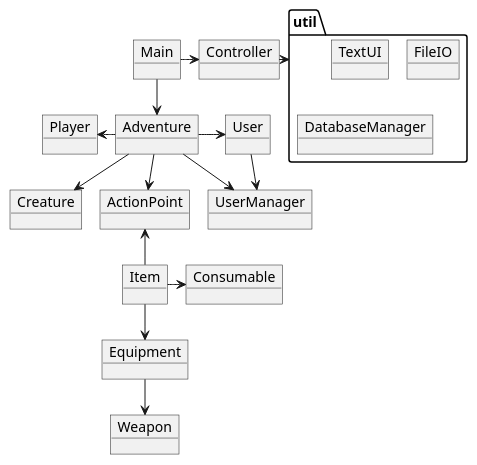
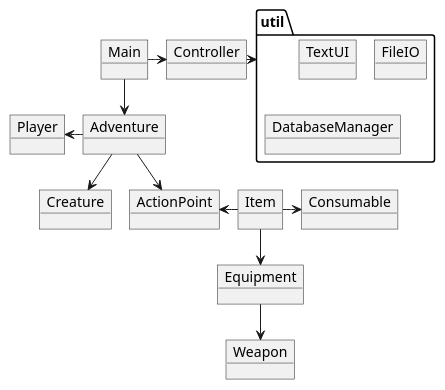
One commit to EmilXavierVT/2025ICE changed the diagram in doc/Domain_V0.puml. Above: the diagram before and after it, drawn with PlantUML. The commit also changed 4 other files, not shown here.

Commit message:
Fixed diagrams 13-05-25, 12:21

```diff
--- a/doc/Domain_V0.puml
+++ b/doc/Domain_V0.puml
@@ -1,40 +1,35 @@
 @startuml
 !pragma layout smetana
 'https://plantuml.com/object-diagram
 
 object Main
 object Controller
 object Adventure
 object Creature
 object Player
-object User
-object UserManager
 object ActionPoint
 object Item
 object Consumable
 object Equipment
 object Weapon
 
 package "util"{
 object TextUI
 object FileIO
 object DatabaseManager
 }
 
 
 Main -down-> Adventure
 Main -right-> Controller
 Adventure -left-> Player
 Adventure -down-> ActionPoint
-Adventure -right-> User
-Adventure -up-> UserManager
 Adventure --> Creature
 Controller -right-> "util"
-User -down-> UserManager
-Item -up-> ActionPoint
+Item -left-> ActionPoint
 Item -right-> Consumable
 Item --> Equipment
 Equipment --> Weapon
 
 
 @enduml
```
